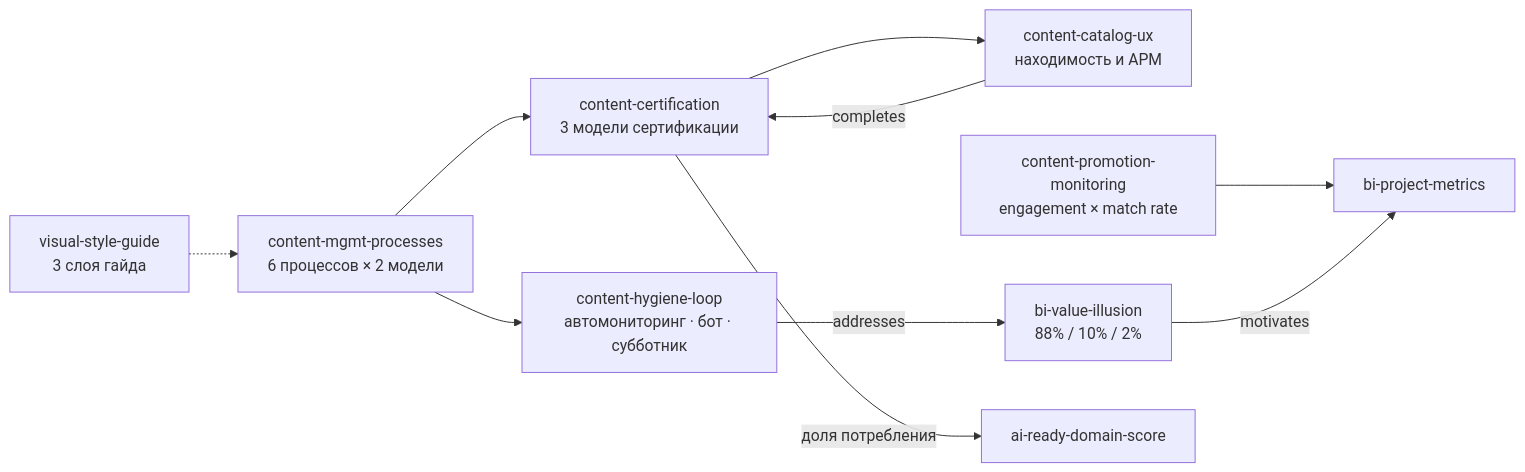
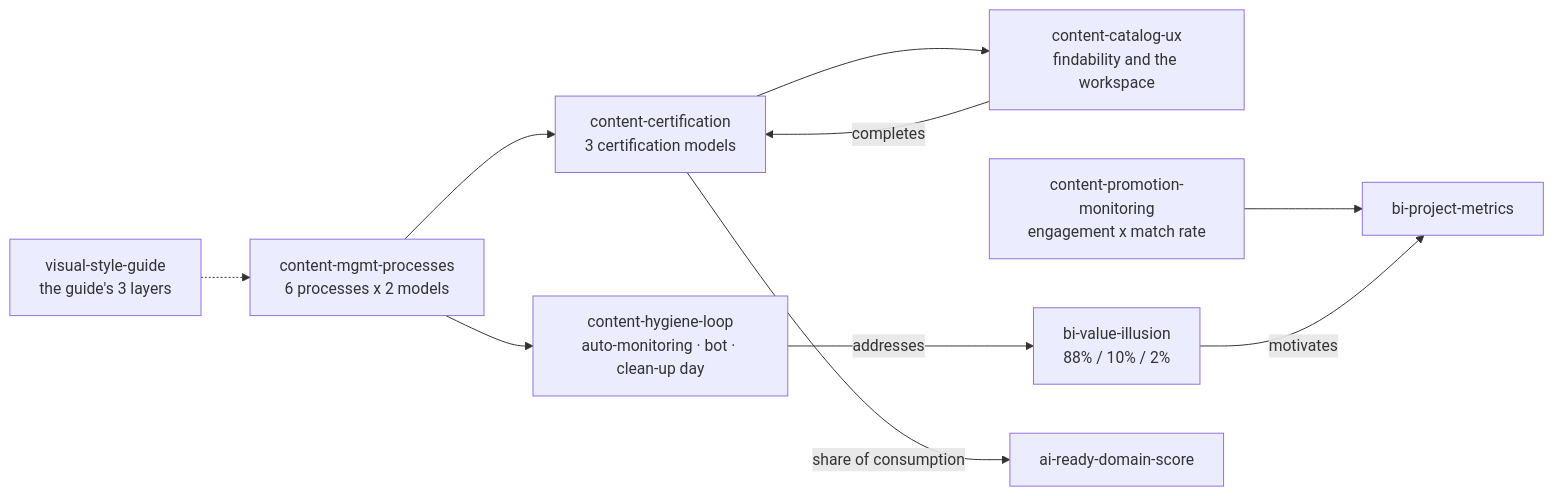
One commit to alexbarakov/BI-strategy-self-consulting-agent changed the fifth of 10 diagrams in references/kb/30-graph.md. Above: the diagram before and after it, drawn with Mermaid. The commit also changed other lines of this file, not shown here.

Commit message:
Translate the visual theme graph (batch 3, part 2)

````diff
--- a/references/kb/30-graph.md
+++ b/references/kb/30-graph.md
@@ -135,12 +135,12 @@
 ```mermaid
 flowchart LR
-  CMP["content-mgmt-processes<br/>6 процессов × 2 модели"] --> CERT["content-certification<br/>3 модели сертификации"]
-  CMP --> HYG["content-hygiene-loop<br/>автомониторинг · бот · субботник"]
-  CERT --> UX["content-catalog-ux<br/>находимость и АРМ"]
+  CMP["content-mgmt-processes<br/>6 processes x 2 models"] --> CERT["content-certification<br/>3 certification models"]
+  CMP --> HYG["content-hygiene-loop<br/>auto-monitoring · bot · clean-up day"]
+  CERT --> UX["content-catalog-ux<br/>findability and the workspace"]
   UX -->|completes| CERT
   HYG -->|addresses| ILL["bi-value-illusion<br/>88% / 10% / 2%"]
-  PROM["content-promotion-monitoring<br/>engagement × match rate"] --> MET["bi-project-metrics"]
-  VSG["visual-style-guide<br/>3 слоя гайда"] -.-> CMP
-  CERT -->|доля потребления| SCORE["ai-ready-domain-score"]
+  PROM["content-promotion-monitoring<br/>engagement x match rate"] --> MET["bi-project-metrics"]
+  VSG["visual-style-guide<br/>the guide's 3 layers"] -.-> CMP
+  CERT -->|share of consumption| SCORE["ai-ready-domain-score"]
   ILL -->|motivates| MET
 ```
````
